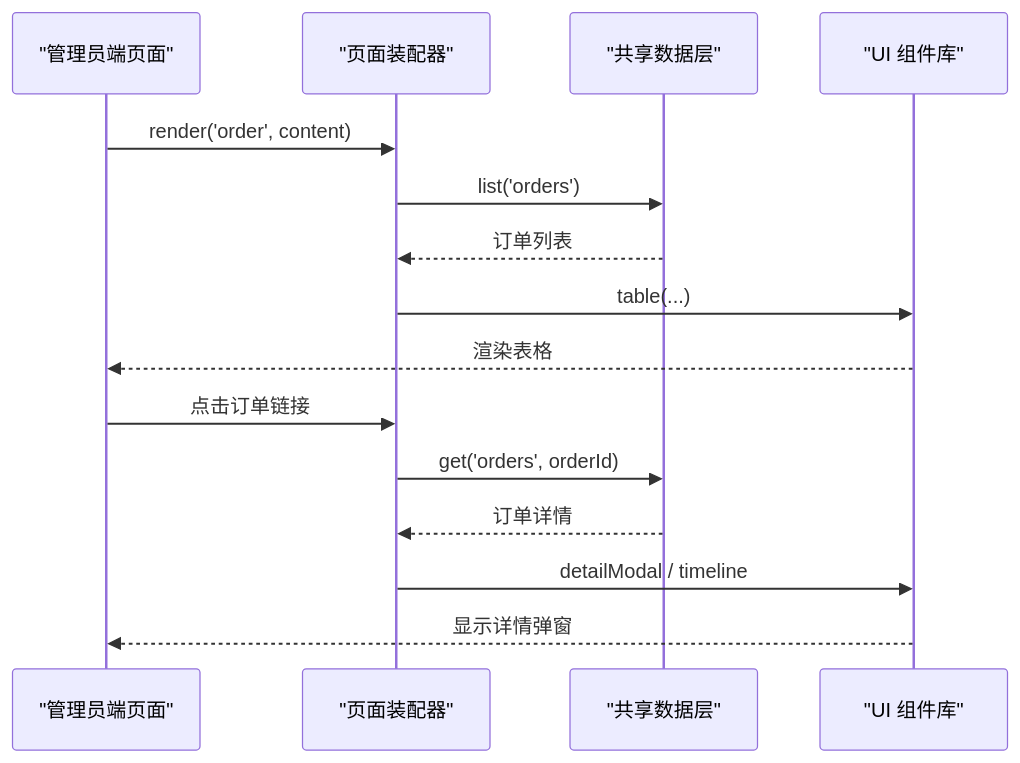
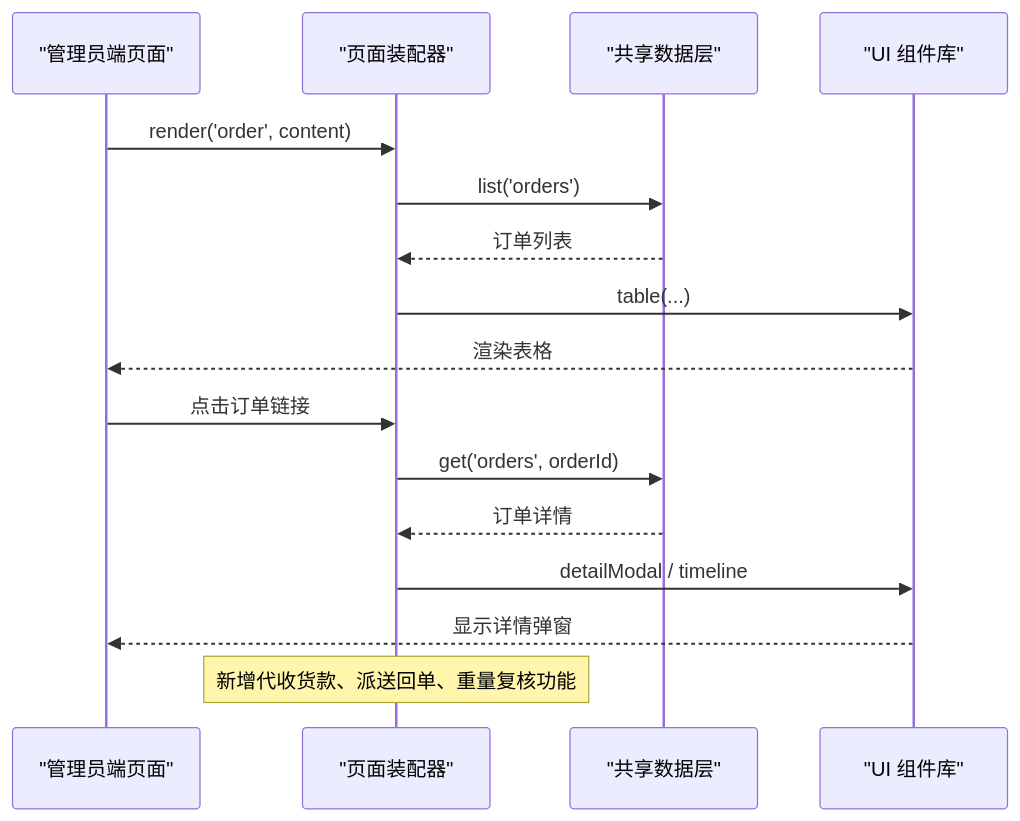
One commit to PengLine/blog-tms changed the sixth of 7 diagrams in .qoder/repowiki/zh/content/核心模块详解/订单管理模块.md. Above: the diagram before and after it, drawn with Mermaid. The commit also changed other lines of this file and 119 other files, not shown here.

````diff
--- a/.qoder/repowiki/zh/content/核心模块详解/订单管理模块.md
+++ b/.qoder/repowiki/zh/content/核心模块详解/订单管理模块.md
@@ -261,17 +287,18 @@
 ```mermaid
 sequenceDiagram
 participant Page as "管理员端页面"
 participant Pages as "页面装配器"
 participant Store as "共享数据层"
 participant UI as "UI 组件库"
 Page->>Pages : render('order', content)
 Pages->>Store : list('orders')
 Store-->>Pages : 订单列表
 Pages->>UI : table(...)
 UI-->>Page : 渲染表格
 Page->>Pages : 点击订单链接
 Pages->>Store : get('orders', orderId)
 Store-->>Pages : 订单详情
 Pages->>UI : detailModal / timeline
 UI-->>Page : 显示详情弹窗
+Note over Pages : 新增代收货款、派送回单、重量复核功能
 ```
````
